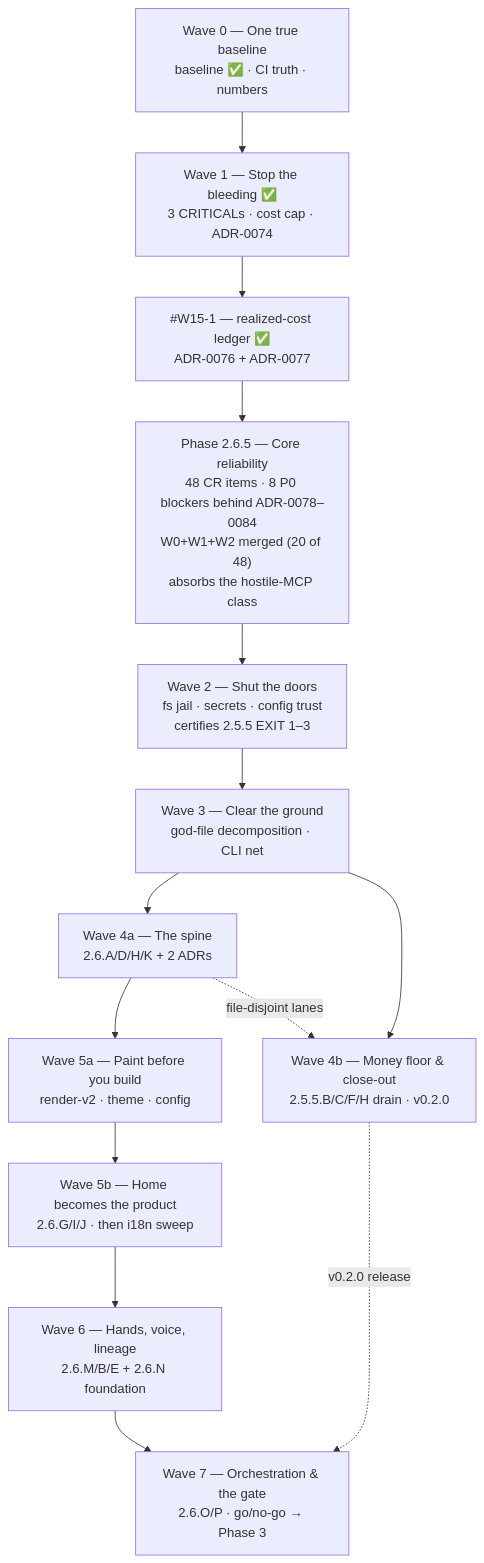
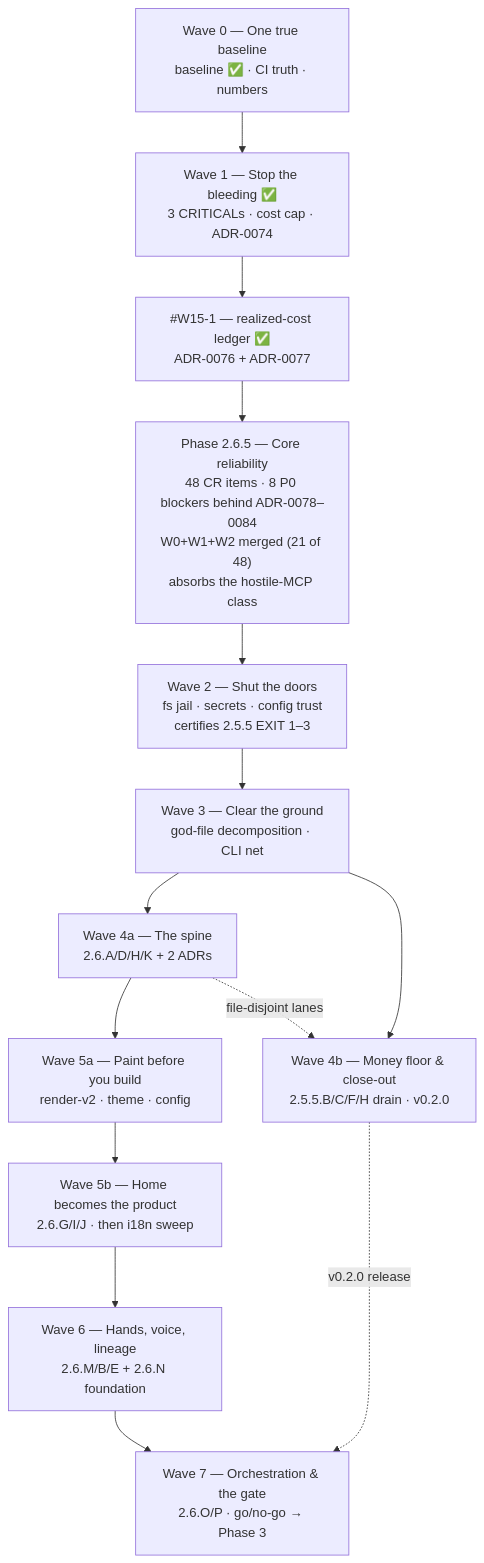
Before and after one commit to HodeTech/Relavium: the diagram in docs/roadmap/current.md, drawn with Mermaid. The commit also changed other lines of this file and 3 other files, not shown here.

First line of the commit message:
docs(roadmap): close CR-95's shipped half and correct three counts

````diff
--- a/docs/roadmap/current.md
+++ b/docs/roadmap/current.md
@@ -89,19 +89,19 @@
 ```mermaid
 flowchart TD
     W0["Wave 0 — One true baseline<br/>baseline ✅ · CI truth · numbers"]
     W1["Wave 1 — Stop the bleeding ✅<br/>3 CRITICALs · cost cap · ADR-0074"]
     LEDGER["#W15-1 — realized-cost ledger ✅<br/>ADR-0076 + ADR-0077"]
-    P265["Phase 2.6.5 — Core reliability<br/>48 CR items · 8 P0 blockers behind ADR-0078–0084<br/>W0+W1+W2 merged (20 of 48)<br/>absorbs the hostile-MCP class"]
+    P265["Phase 2.6.5 — Core reliability<br/>48 CR items · 8 P0 blockers behind ADR-0078–0084<br/>W0+W1+W2 merged (21 of 48)<br/>absorbs the hostile-MCP class"]
     W2["Wave 2 — Shut the doors<br/>fs jail · secrets · config trust<br/>certifies 2.5.5 EXIT 1–3"]
     W3["Wave 3 — Clear the ground<br/>god-file decomposition · CLI net"]
     W4a["Wave 4a — The spine<br/>2.6.A/D/H/K + 2 ADRs"]
     W4b["Wave 4b — Money floor & close-out<br/>2.5.5.B/C/F/H drain · v0.2.0"]
     W5a["Wave 5a — Paint before you build<br/>render-v2 · theme · config"]
     W5b["Wave 5b — Home becomes the product<br/>2.6.G/I/J · then i18n sweep"]
     W6["Wave 6 — Hands, voice, lineage<br/>2.6.M/B/E + 2.6.N foundation"]
     W7["Wave 7 — Orchestration & the gate<br/>2.6.O/P · go/no-go → Phase 3"]
     W0 --> W1 --> LEDGER --> P265 --> W2 --> W3 --> W4a --> W5a --> W5b --> W6 --> W7
     W3 --> W4b
     W4b -.->|v0.2.0 release| W7
     W4a -.->|file-disjoint lanes| W4b
 ```
````
